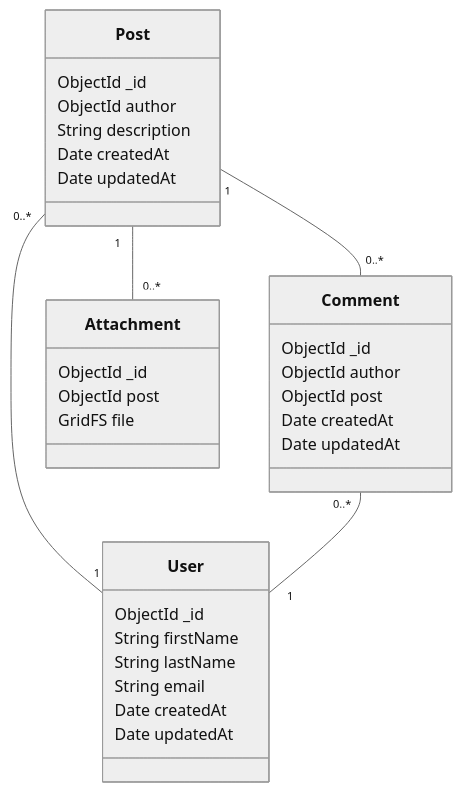
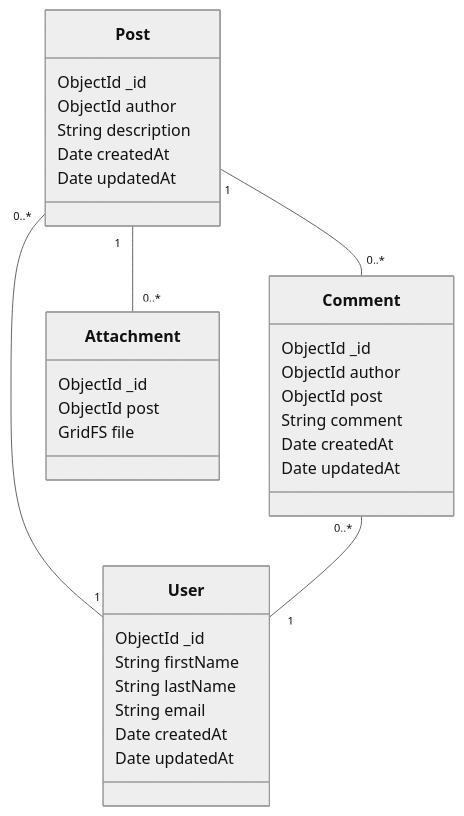
Before and after one commit to DonkeyMobile/donkey-assessment: the diagram in diagram.md, drawn with Mermaid (neutral theme). The commit also changed 16 other files, not shown here.

````diff
--- a/diagram.md
+++ b/diagram.md
@@ -1,40 +1,41 @@
 ```mermaid
 
 classDiagram
 
 class User {
     ObjectId _id
     String firstName
     String lastName
     String email
     Date createdAt
     Date updatedAt
 }
 
 class Post {
     ObjectId _id
     ObjectId author
     String description
     Date createdAt
     Date updatedAt
 }
 
 class Comment {
     ObjectId _id
     ObjectId author
     ObjectId post
+    String comment
     Date createdAt
     Date updatedAt
 }
 
 class Attachment {
     ObjectId _id
     ObjectId post
     GridFS file
 }
 
 Post "0..*" -- "1" User
 Post "1" -- "0..*" Comment
 Post "1" -- "0..*" Attachment
 Comment "0..*" -- "1" User
 ```
````
